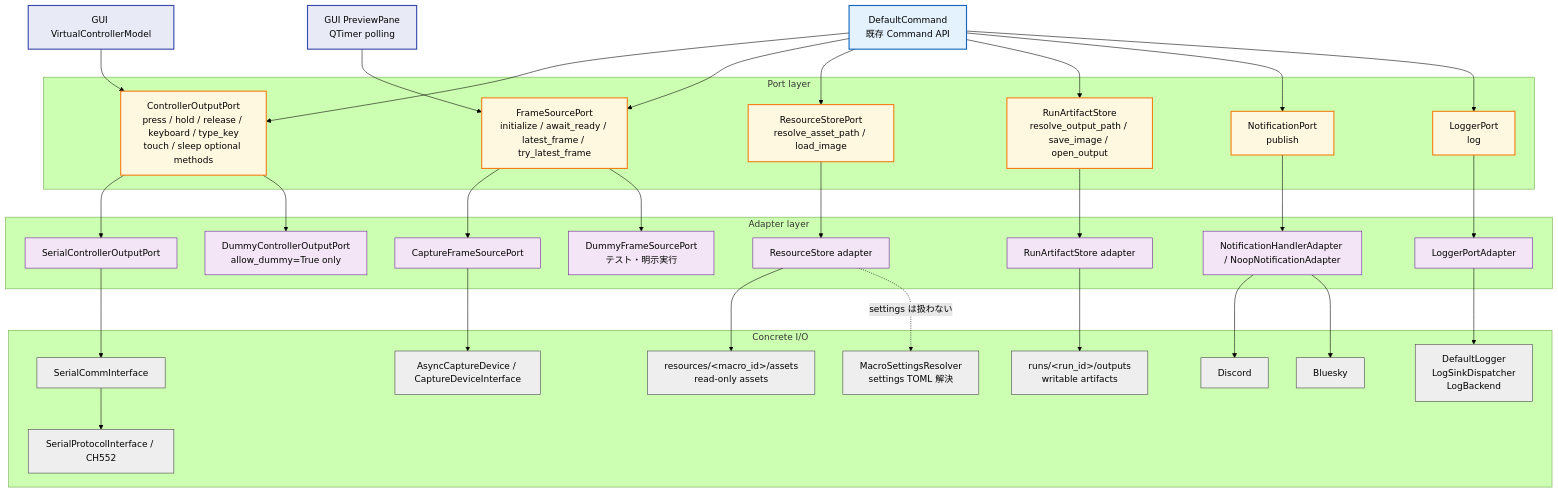
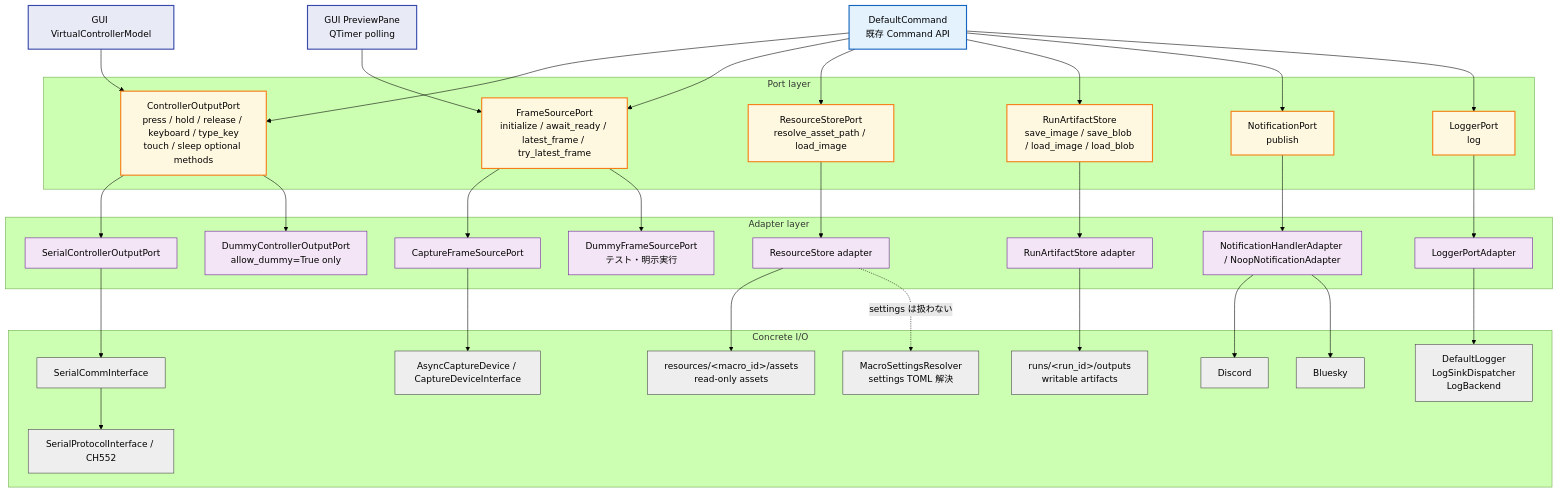
The third of 5 diagrams in spec/framework/rearchitecture/ARCHITECTURE_DIAGRAMS.md (niart120/Project_NyX), drawn with Mermaid (forest theme) before and after one commit. The commit also changed 42 other files, not shown here.

````diff
--- a/spec/framework/rearchitecture/ARCHITECTURE_DIAGRAMS.md
+++ b/spec/framework/rearchitecture/ARCHITECTURE_DIAGRAMS.md
@@ -280,70 +280,70 @@
 ```mermaid
 flowchart TB
     DefaultCommandImpl["DefaultCommand<br/>既存 Command API"]
     PreviewPane["GUI PreviewPane<br/>QTimer polling"]
     VirtualController["GUI VirtualControllerModel"]
 
     subgraph PortLayer["Port layer"]
         Controller["ControllerOutputPort<br/>press / hold / release / keyboard / type_key<br/>touch / sleep optional methods"]
         Capture["FrameSourcePort<br/>initialize / await_ready / latest_frame / try_latest_frame"]
         Resource["ResourceStorePort<br/>resolve_asset_path / load_image"]
-        Artifact["RunArtifactStore<br/>resolve_output_path / save_image / open_output"]
+        Artifact["RunArtifactStore<br/>save_image / save_blob / load_image / load_blob"]
         Notify["NotificationPort<br/>publish"]
         Logger["LoggerPort<br/>log"]
     end
 
     subgraph AdapterLayer["Adapter layer"]
         SerialPort["SerialControllerOutputPort"]
         DummyController["DummyControllerOutputPort<br/>allow_dummy=True only"]
         CapturePort["CaptureFrameSourcePort"]
         DummyFrame["DummyFrameSourcePort<br/>テスト・明示実行"]
         ResourceStore["ResourceStore adapter"]
         ArtifactStore["RunArtifactStore adapter"]
         NotificationHandlerAdapter["NotificationHandlerAdapter / NoopNotificationAdapter"]
         LoggerPortAdapter["LoggerPortAdapter"]
     end
 
     subgraph ConcreteIO["Concrete I/O"]
         SerialComm["SerialCommInterface"]
         Protocol["SerialProtocolInterface / CH552"]
         CaptureDevice["AsyncCaptureDevice / CaptureDeviceInterface"]
         AssetsRoot["resources/&lt;macro_id&gt;/assets<br/>read-only assets"]
         OutputsRoot["runs/&lt;run_id&gt;/outputs<br/>writable artifacts"]
         SettingsResolver["MacroSettingsResolver<br/>settings TOML 解決"]
         Discord["Discord"]
         Bluesky["Bluesky"]
         LoggerComponents["DefaultLogger<br/>LogSinkDispatcher<br/>LogBackend"]
     end
 
     DefaultCommandImpl --> Controller
     DefaultCommandImpl --> Capture
     DefaultCommandImpl --> Resource
     DefaultCommandImpl --> Artifact
     DefaultCommandImpl --> Notify
     DefaultCommandImpl --> Logger
     PreviewPane --> Capture
     VirtualController --> Controller
 
     Controller --> SerialPort --> SerialComm --> Protocol
     Controller --> DummyController
     Capture --> CapturePort --> CaptureDevice
     Capture --> DummyFrame
     Resource --> ResourceStore --> AssetsRoot
     Artifact --> ArtifactStore --> OutputsRoot
     ResourceStore -. "settings は扱わない" .-> SettingsResolver
     Notify --> NotificationHandlerAdapter --> Discord
     NotificationHandlerAdapter --> Bluesky
     Logger --> LoggerPortAdapter --> LoggerComponents
 
     classDef port fill:#fff8e1,stroke:#f57f17,stroke-width:2px;
     classDef adapter fill:#f3e5f5,stroke:#6a1b9a,stroke-width:1px;
     classDef io fill:#eeeeee,stroke:#424242,stroke-width:1px;
     classDef commandimpl fill:#e3f2fd,stroke:#1565c0,stroke-width:2px;
     classDef gui fill:#e8eaf6,stroke:#3949ab,stroke-width:2px;
 
     class DefaultCommandImpl commandimpl;
     class PreviewPane,VirtualController gui;
     class Controller,Capture,Resource,Artifact,Notify,Logger port;
     class SerialPort,DummyController,CapturePort,DummyFrame,ResourceStore,ArtifactStore,NotificationHandlerAdapter,LoggerPortAdapter adapter;
     class SerialComm,Protocol,CaptureDevice,AssetsRoot,OutputsRoot,SettingsResolver,Discord,Bluesky,LoggerComponents io;
 ```
````
